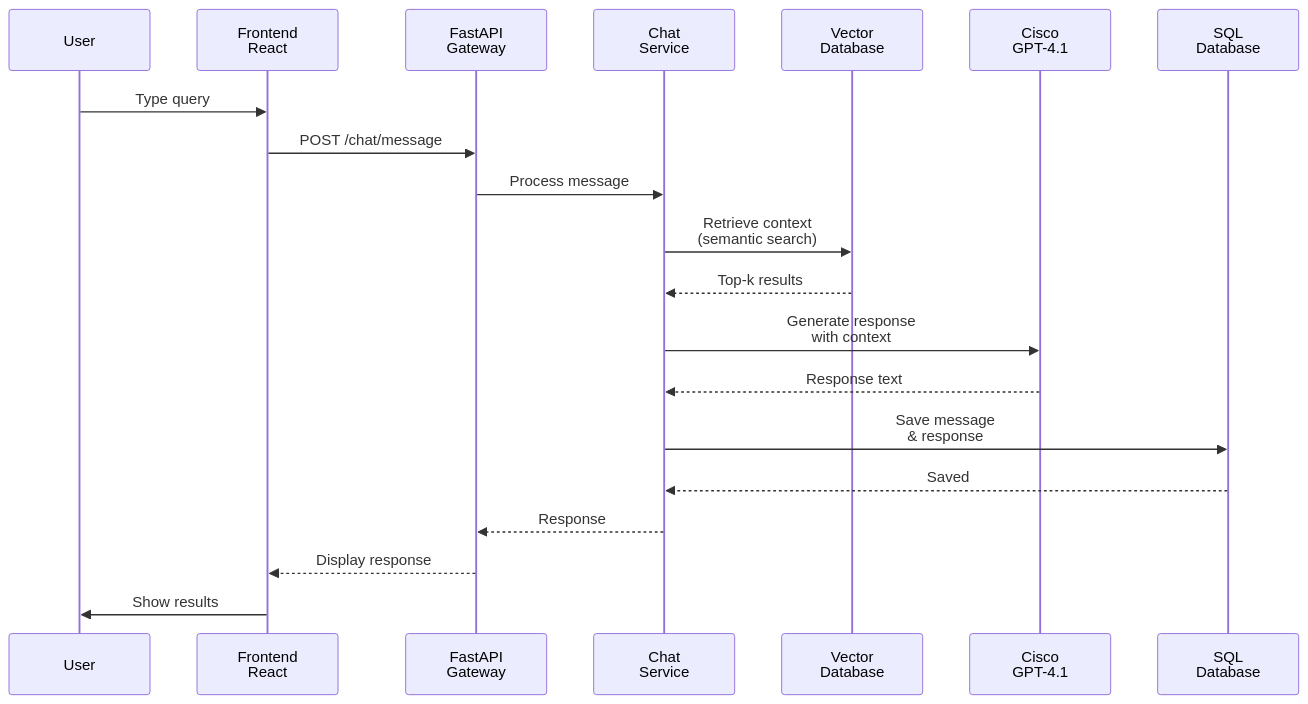
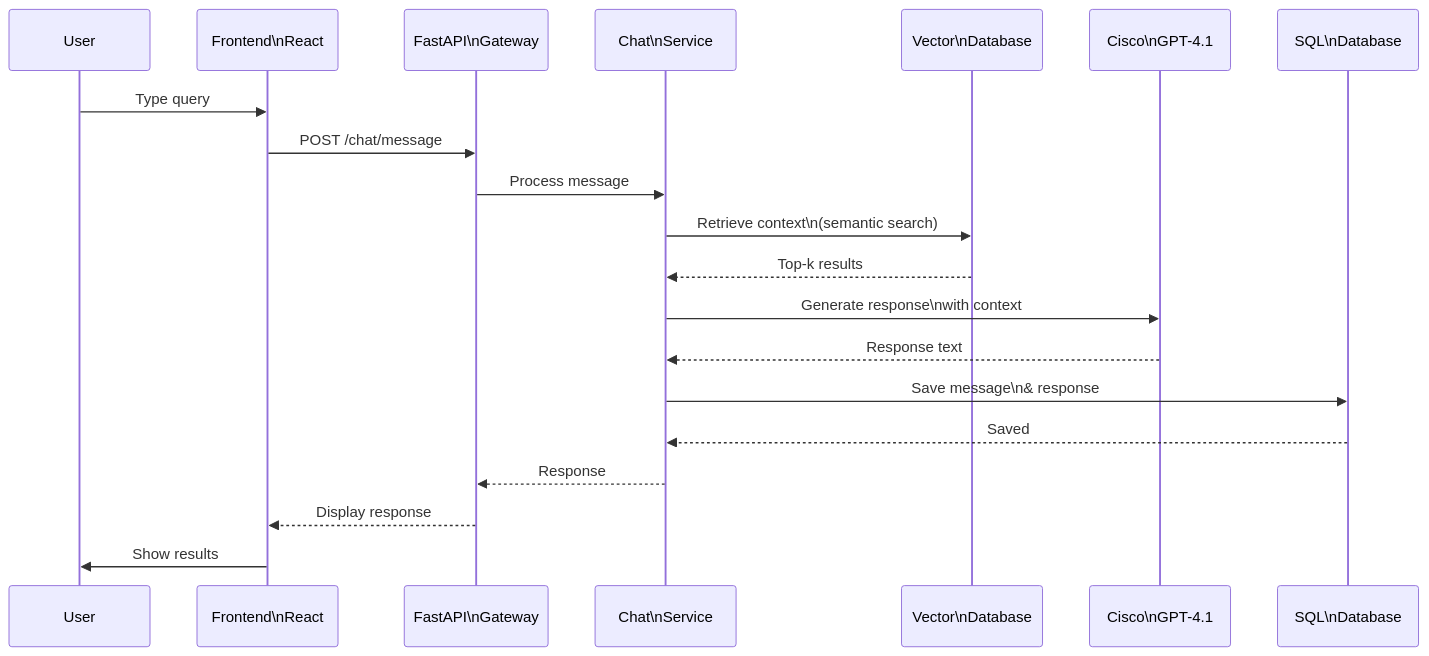
Before and after one commit to thiachan/agent: the eighth of 19 diagrams in REFERENCE_ARCHITECTURE.md, drawn with Mermaid. The commit also changed other lines of this file and 40 other files, not shown here.

````diff
--- a/REFERENCE_ARCHITECTURE.md
+++ b/REFERENCE_ARCHITECTURE.md
@@ -397,23 +397,23 @@
 ```mermaid
 sequenceDiagram
     participant User
-    participant Frontend as Frontend<br/>React
-    participant API as FastAPI<br/>Gateway
-    participant Chat as Chat<br/>Service
-    participant VectorDB as Vector<br/>Database
-    participant LLM as Cisco<br/>GPT-4.1
-    participant DB as SQL<br/>Database
+    participant Frontend as Frontend\nReact
+    participant API as FastAPI\nGateway
+    participant Chat as Chat\nService
+    participant VectorDB as Vector\nDatabase
+    participant LLM as Cisco\nGPT-4.1
+    participant DB as SQL\nDatabase
     
     User->>Frontend: Type query
     Frontend->>API: POST /chat/message
     API->>Chat: Process message
-    Chat->>VectorDB: Retrieve context<br/>(semantic search)
+    Chat->>VectorDB: Retrieve context\n(semantic search)
     VectorDB-->>Chat: Top-k results
-    Chat->>LLM: Generate response<br/>with context
+    Chat->>LLM: Generate response\nwith context
     LLM-->>Chat: Response text
-    Chat->>DB: Save message<br/>& response
+    Chat->>DB: Save message\n& response
     DB-->>Chat: Saved
     Chat-->>API: Response
     API-->>Frontend: Display response
     Frontend->>User: Show results
 ```
````
